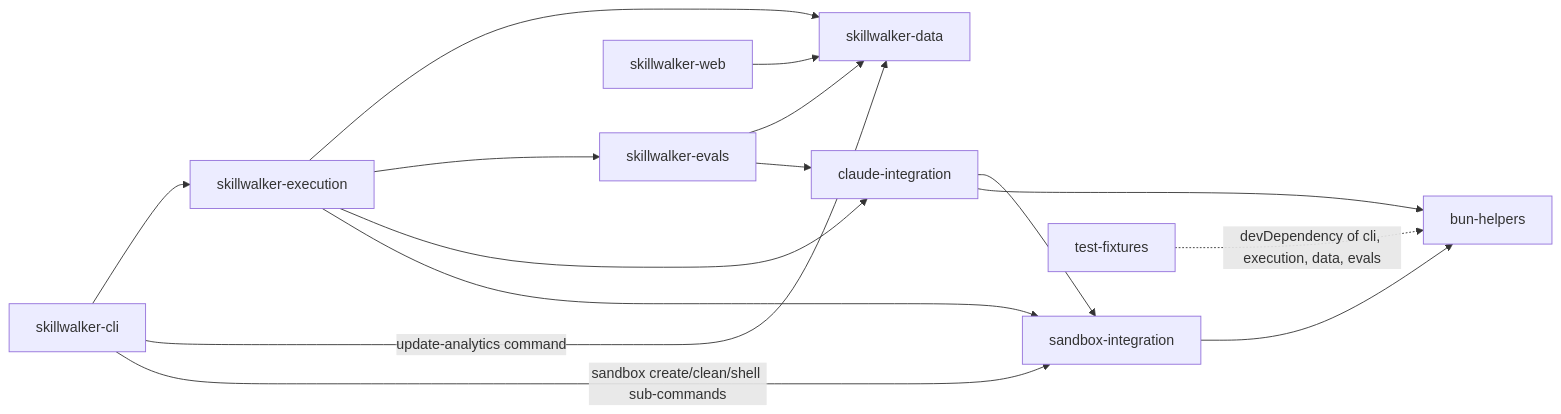
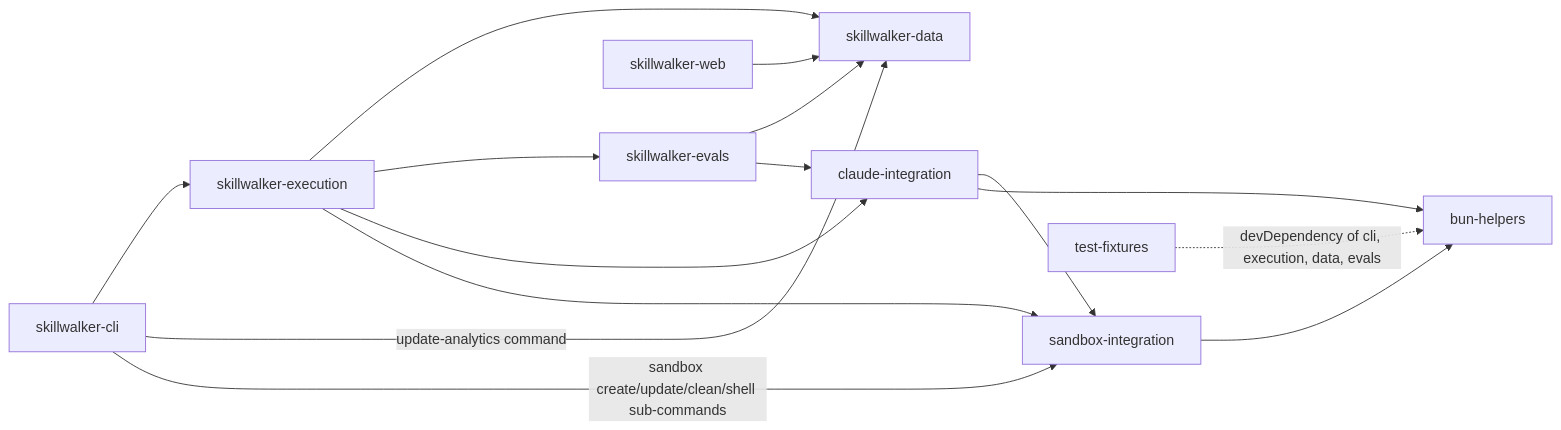
The second of 5 diagrams in docs/skillwalker-architecture.md (testdouble/skills-test-harness), drawn with Mermaid before and after one commit. The commit also changed other lines of this file and 4 other files, not shown here.

Commit message:
docs: document sandbox create and sandbox update

````diff
--- a/docs/skillwalker-architecture.md
+++ b/docs/skillwalker-architecture.md
@@ -67,33 +67,33 @@
 ```mermaid
 flowchart LR
     cli["skillwalker-cli"]
     exec["skillwalker-execution"]
     data["skillwalker-data"]
     evals["skillwalker-evals"]
     claude["claude-integration"]
     sandbox["sandbox-integration"]
     helpers["bun-helpers"]
     web["skillwalker-web"]
     fixtures["test-fixtures"]
 
     cli --> exec
     cli -->|"update-analytics command"| data
-    cli -->|"sandbox create/clean/shell sub-commands"| sandbox
+    cli -->|"sandbox create/update/clean/shell sub-commands"| sandbox
 
     exec --> data
     exec --> evals
     exec --> claude
     exec --> sandbox
 
     evals --> data
     evals --> claude
 
     claude --> sandbox
     claude --> helpers
 
     sandbox --> helpers
 
     web --> data
 
     fixtures -.->|"devDependency of cli, execution, data, evals"| helpers
 ```
````
